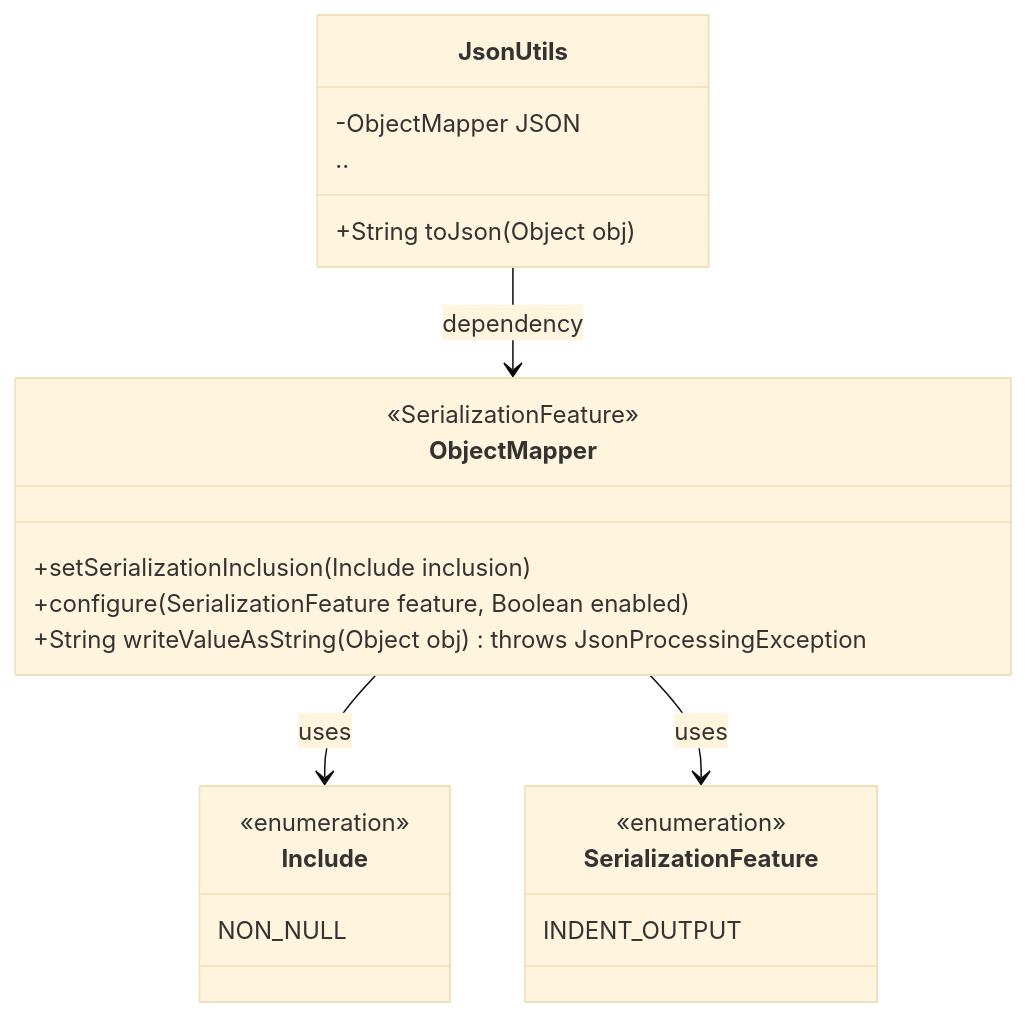
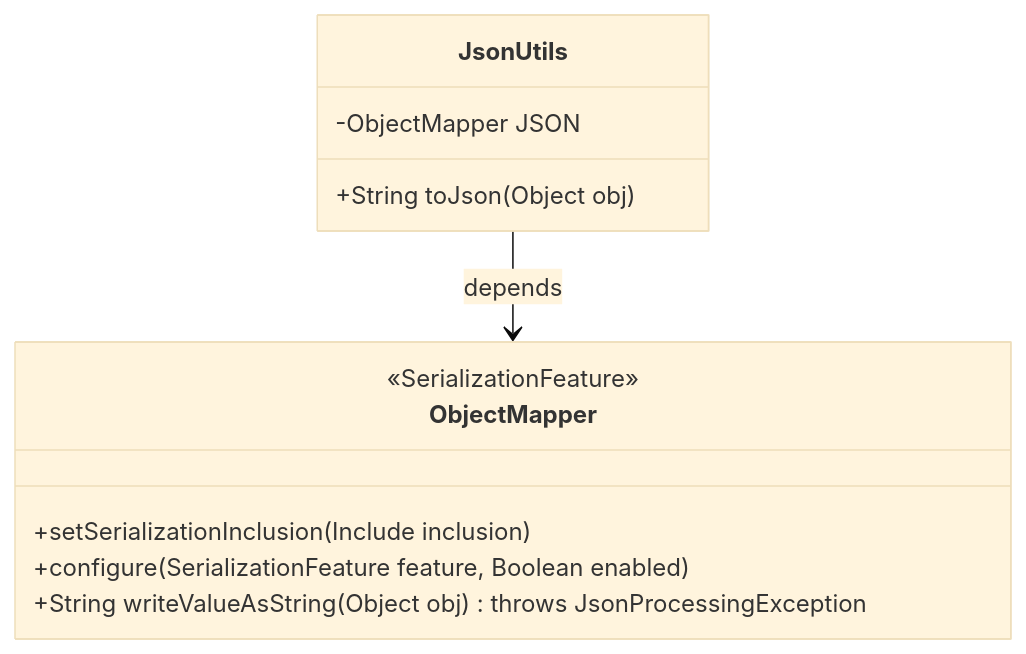
Before and after one commit to v-wjrong/rongwj666_weixin-java-miniapp-demo: the first of 2 diagrams in docs/en/docs/src/main/java/com/github/binarywang/demo/wx/miniapp/utils/JsonUtils.md, drawn with Mermaid (base theme). The commit also changed other lines of this file and 49 other files, not shown here.

````diff
--- a/docs/en/docs/src/main/java/com/github/binarywang/demo/wx/miniapp/utils/JsonUtils.md
+++ b/docs/en/docs/src/main/java/com/github/binarywang/demo/wx/miniapp/utils/JsonUtils.md
@@ -36,25 +36,16 @@
 ```mermaid
 classDiagram
     class JsonUtils {
         -ObjectMapper JSON
-        ..
         +String toJson(Object obj)
     }
+
     class ObjectMapper {
         <<SerializationFeature>>
         +setSerializationInclusion(Include inclusion)
         +configure(SerializationFeature feature, Boolean enabled)
         +String writeValueAsString(Object obj) throws JsonProcessingException
     }
-    class Include {
-        <<enumeration>>
-        NON_NULL
-    }
-    class SerializationFeature {
-        <<enumeration>>
-        INDENT_OUTPUT
-    }
-    JsonUtils --> ObjectMapper : dependency
-    ObjectMapper --> Include : uses
-    ObjectMapper --> SerializationFeature : uses
+
+    JsonUtils --> ObjectMapper : depends
 ```
````
